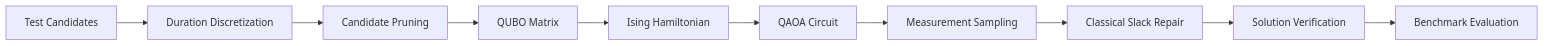
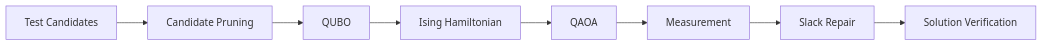
The second of 2 diagrams in README.md (karthikkb0580-cmd/Quant-CI), drawn with Mermaid before and after one commit. The commit also changed other lines of this file, not shown here.

Commit message:
refactor: update README for clarity and structure; enhance feature descriptions and add architecture diagram

````diff
--- a/README.md
+++ b/README.md
@@ -427,12 +303,10 @@
 ```mermaid
 flowchart LR
-    A[Test Candidates] --> B[Duration Discretization]
-    B --> C[Candidate Pruning]
-    C --> D[QUBO Matrix]
-    D --> E[Ising Hamiltonian]
-    E --> F[QAOA Circuit]
-    F --> G[Measurement Sampling]
-    G --> H[Classical Slack Repair]
-    H --> I[Solution Verification]
-    I --> J[Benchmark Evaluation]
+    A[Test Candidates] --> B[Candidate Pruning]
+    B --> C[QUBO]
+    C --> D[Ising Hamiltonian]
+    D --> E[QAOA]
+    E --> F[Measurement]
+    F --> G[Slack Repair]
+    G --> H[Solution Verification]
 ```
````
